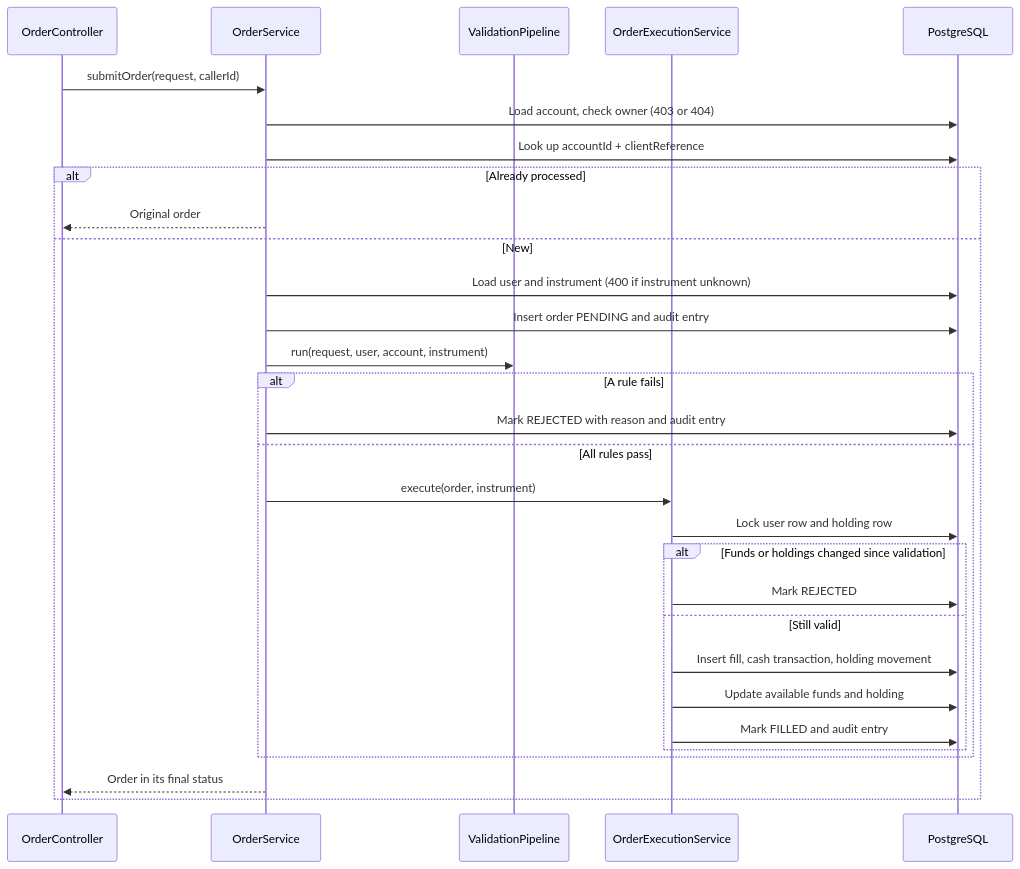
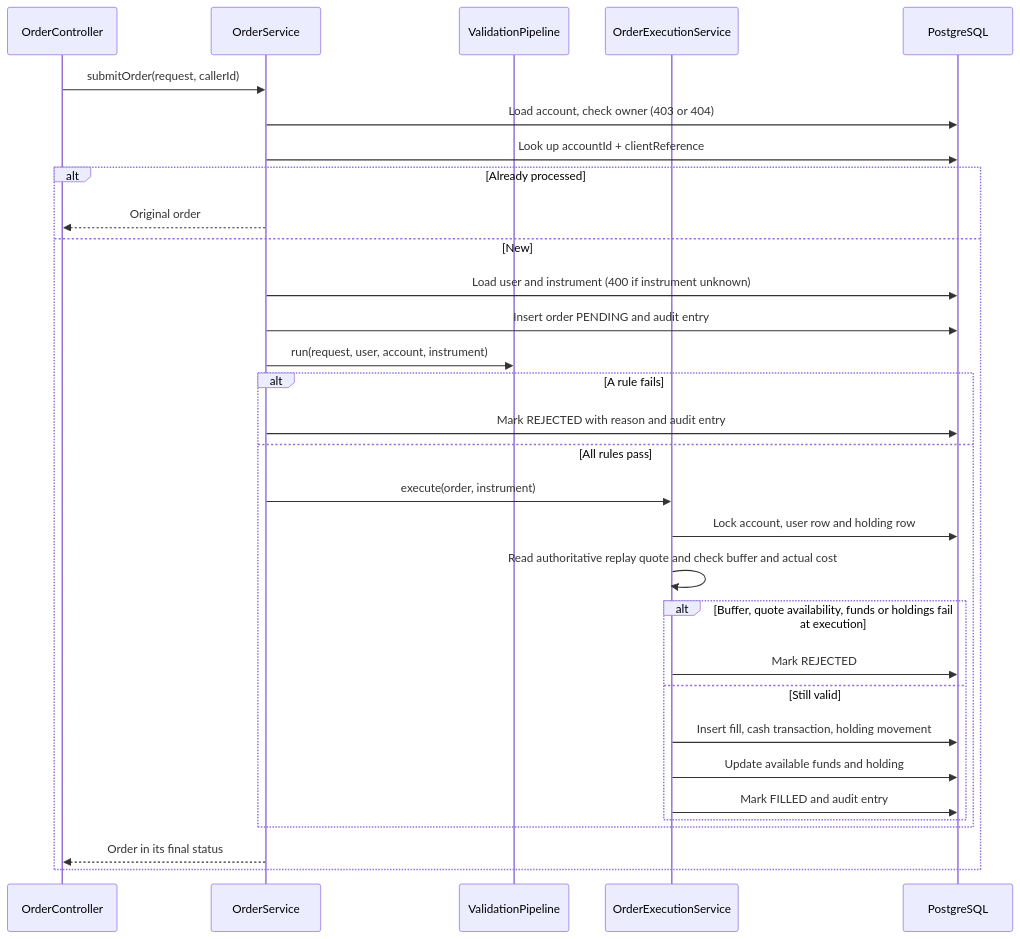
The second of 3 diagrams in apps/order-and-sell-service/README.md (seankcheema/trading-season), drawn with Mermaid before and after one commit. The commit also changed other lines of this file and 87 other files, not shown here.

````diff
--- a/apps/order-and-sell-service/README.md
+++ b/apps/order-and-sell-service/README.md
@@ -79,33 +81,34 @@
 ```mermaid
 sequenceDiagram
     participant C as OrderController
     participant S as OrderService
     participant P as ValidationPipeline
     participant E as OrderExecutionService
     participant DB as PostgreSQL
 
     C->>S: submitOrder(request, callerId)
     S->>DB: Load account, check owner (403 or 404)
     S->>DB: Look up accountId + clientReference
     alt Already processed
         S-->>C: Original order
     else New
         S->>DB: Load user and instrument (400 if instrument unknown)
         S->>DB: Insert order PENDING and audit entry
         S->>P: run(request, user, account, instrument)
         alt A rule fails
             S->>DB: Mark REJECTED with reason and audit entry
         else All rules pass
             S->>E: execute(order, instrument)
-            E->>DB: Lock user row and holding row
-            alt Funds or holdings changed since validation
+            E->>DB: Lock account, user row and holding row
+            E->>E: Read authoritative replay quote and check buffer and actual cost
+            alt Buffer, quote availability, funds or holdings fail at execution
                 E->>DB: Mark REJECTED
             else Still valid
                 E->>DB: Insert fill, cash transaction, holding movement
                 E->>DB: Update available funds and holding
                 E->>DB: Mark FILLED and audit entry
             end
         end
         S-->>C: Order in its final status
     end
 ```
````
